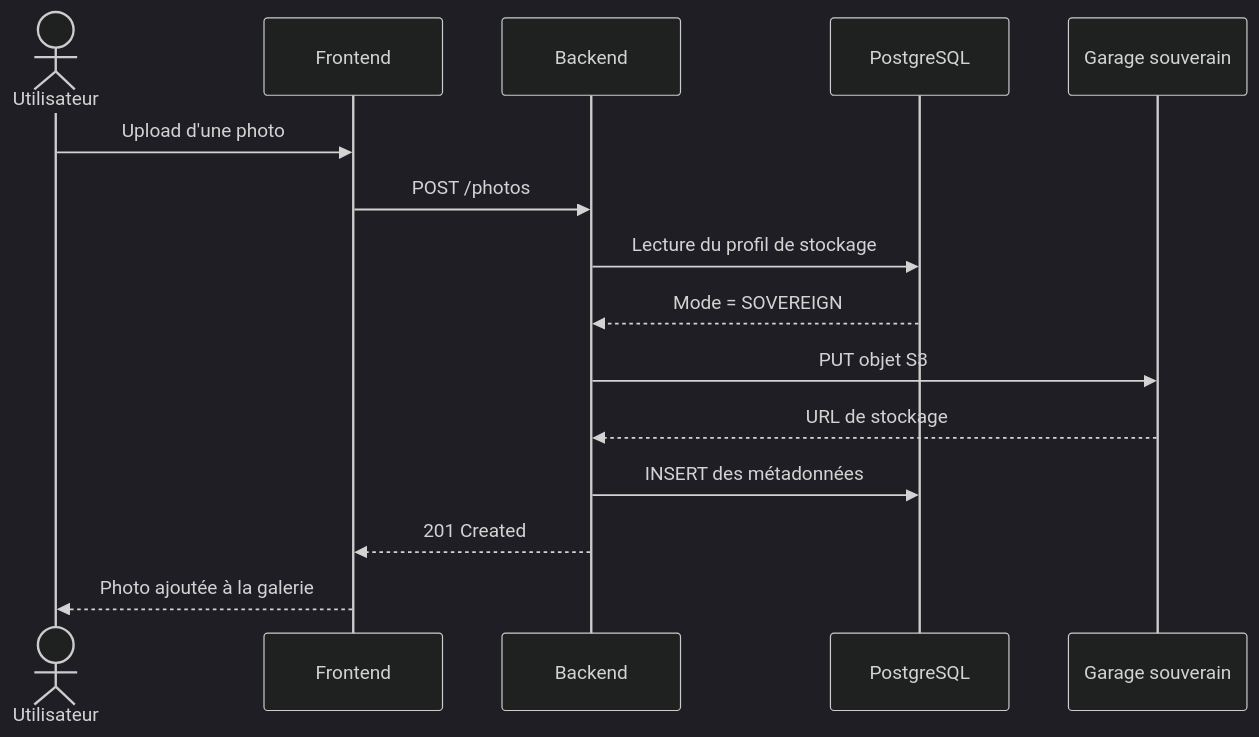
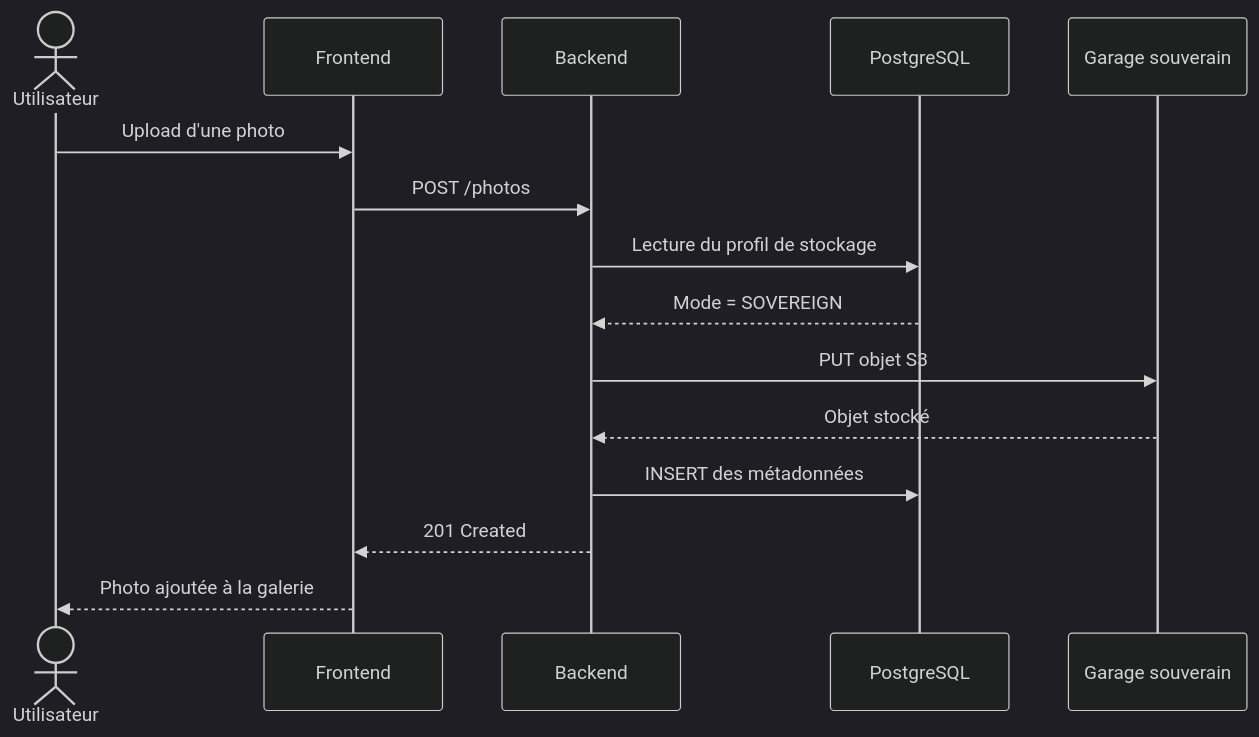
One commit to BOINAR/sovlens changed the third of 5 diagrams in documentation/architecture/sequence-diagram.md. Above: the diagram before and after it, drawn with Mermaid. The commit also changed other lines of this file and 4 other files, not shown here.

````diff
--- a/documentation/architecture/sequence-diagram.md
+++ b/documentation/architecture/sequence-diagram.md
@@ -72,19 +73,19 @@
 ```mermaid
 %%{init: {'theme': 'dark', 'themeVariables': {'fontSize': '16px'}}}%%
 sequenceDiagram
   actor U as Utilisateur
   participant F as Frontend
   participant B as Backend
   participant DB as PostgreSQL
   participant GS as Garage souverain
 
   U->>F: Upload d'une photo
   F->>B: POST /photos
   B->>DB: Lecture du profil de stockage
   DB-->>B: Mode = SOVEREIGN
   B->>GS: PUT objet S3
-  GS-->>B: URL de stockage
+  GS-->>B: Objet stocké
   B->>DB: INSERT des métadonnées
   B-->>F: 201 Created
   F-->>U: Photo ajoutée à la galerie
 ```
````
